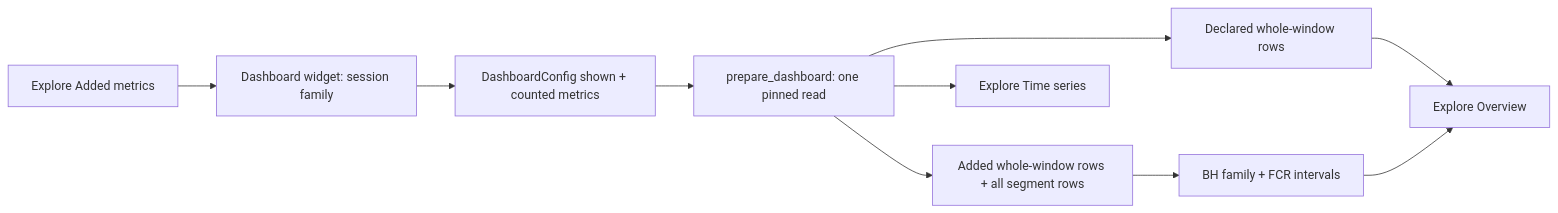
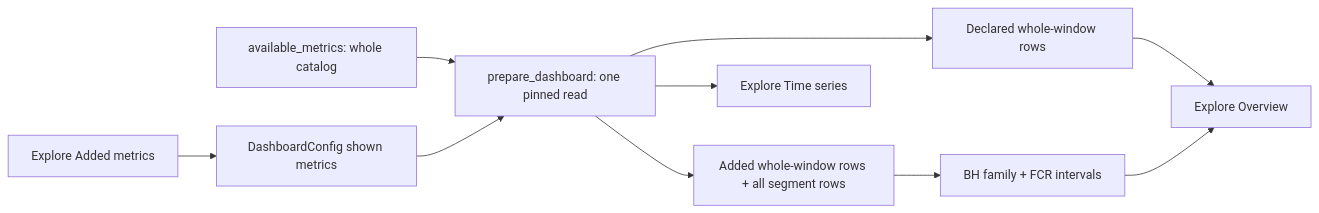
The diagram in docs/superpowers/specs/2026-10-04-explore-overview-design.md (kylejcaron/increment), drawn with Mermaid before and after one commit. The commit also changed other lines of this file and 7 other files, not shown here.

````diff
--- a/docs/superpowers/specs/2026-10-04-explore-overview-design.md
+++ b/docs/superpowers/specs/2026-10-04-explore-overview-design.md
@@ -137,12 +136,12 @@
 ```mermaid
 flowchart LR
-  P[Explore Added metrics] --> W[Dashboard widget: session family]
-  W --> C[DashboardConfig shown + counted metrics]
+  P[Explore Added metrics] --> C[DashboardConfig shown metrics]
+  A[available_metrics: whole catalog] --> S
   C --> S[prepare_dashboard: one pinned read]
   S --> D[Declared whole-window rows]
   S --> E[Added whole-window rows + all segment rows]
   E --> F[BH family + FCR intervals]
   D --> O[Explore Overview]
   F --> O
   S --> T[Explore Time series]
 ```
````
